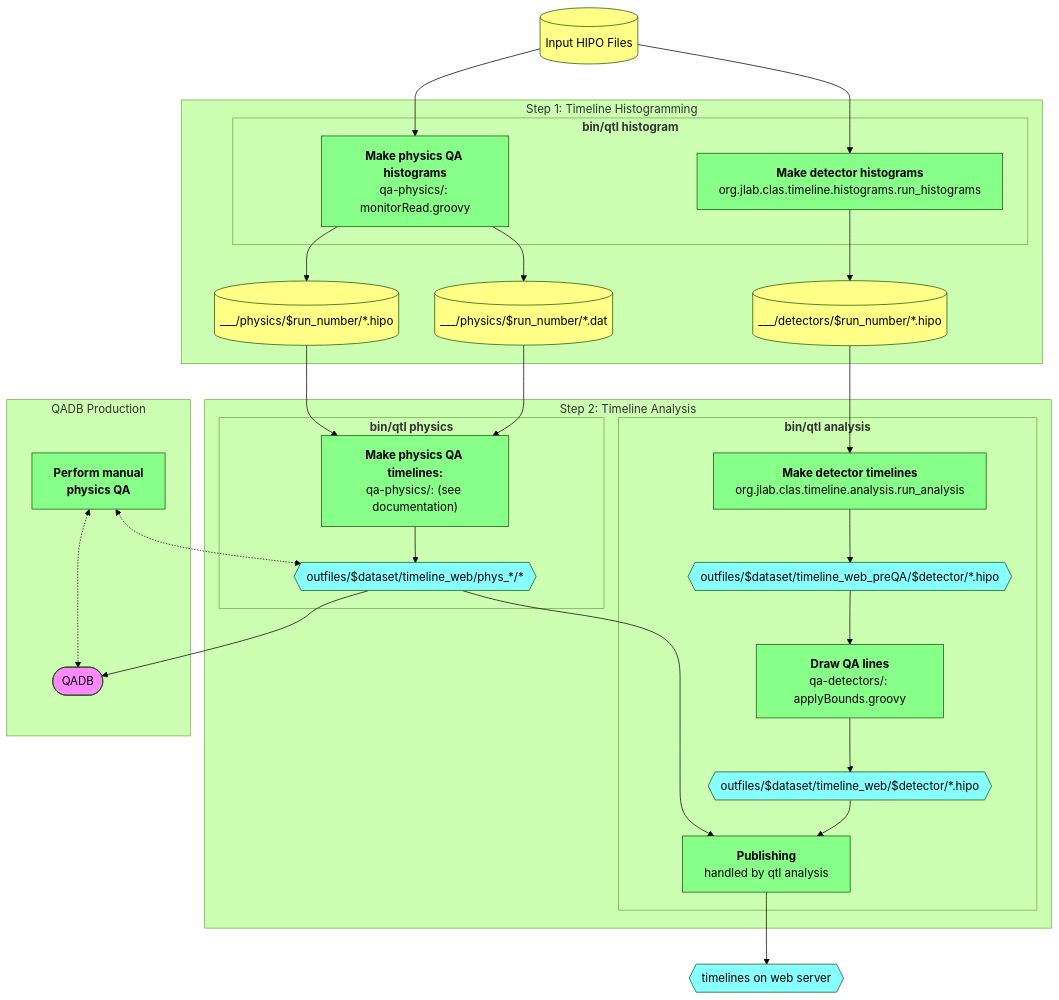
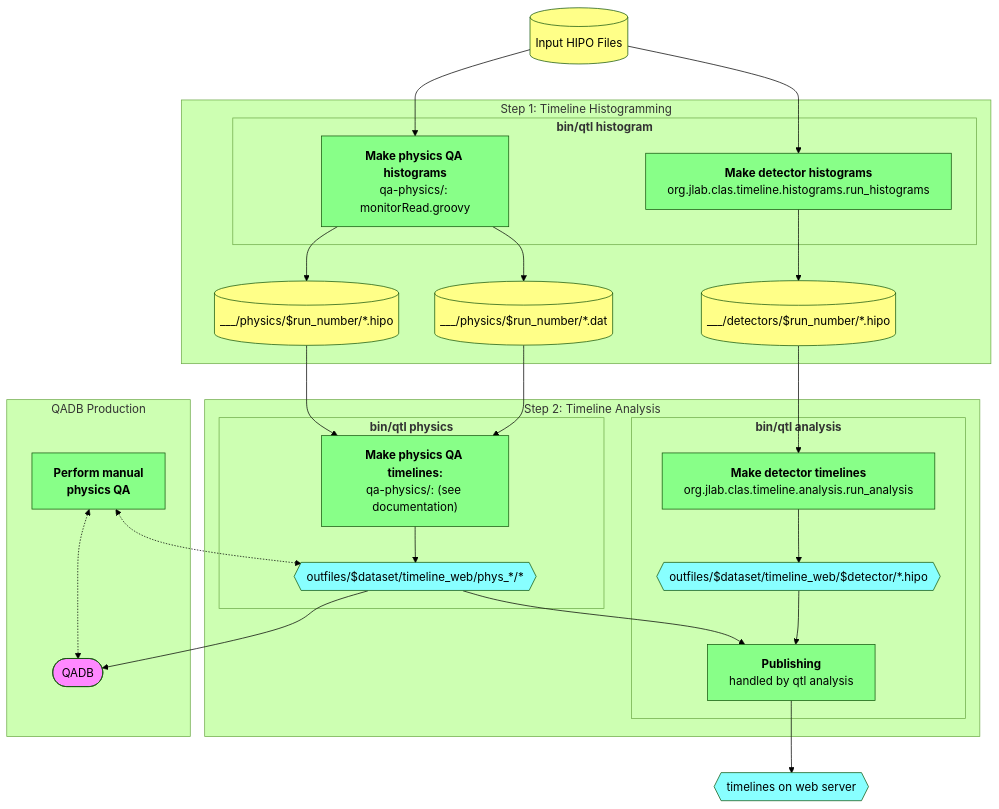
The diagram in doc/dev_notes.md (JeffersonLab/clas12-timeline), drawn with Mermaid (forest theme) before and after one commit. The commit also changed 33 other files, not shown here.

````diff
--- a/doc/dev_notes.md
+++ b/doc/dev_notes.md
@@ -4,56 +4,54 @@
 ```mermaid
 flowchart TB
 
     classDef proc     fill:#8f8,color:black
     classDef data     fill:#ff8,color:black
     classDef misc     fill:#f8f,color:black
     classDef timeline fill:#8ff,color:black
 
     dst[(Input HIPO Files)]:::data
 
     subgraph Step 1: Timeline Histogramming
         subgraph "<strong>bin/qtl histogram</strong>"
             histogramDetectors["<strong>Make detector histograms</strong><br/>org.jlab.clas.timeline.histograms.run_histograms"]:::proc
             histogramPhysics["<strong>Make physics QA histograms</strong><br/>qa-physics/: monitorRead.groovy"]:::proc
         end
         outplots[(___/detectors/$run_number/*.hipo)]:::data
         outdat[(___/physics/$run_number/*.dat)]:::data
         outmon[(___/physics/$run_number/*.hipo)]:::data
     end
     dst --> histogramDetectors
     dst --> histogramPhysics
     histogramDetectors --> outplots
     histogramPhysics   --> outdat
     histogramPhysics   --> outmon
 
     subgraph Step 2: Timeline Analysis
         subgraph "<strong>bin/qtl analysis</strong>"
-            timelineDetectorsPreQA["<strong>Make detector timelines</strong><br/>org.jlab.clas.timeline.analysis.run_analysis"]:::proc
-            outTimelineDetectorsPreQA{{outfiles/$dataset/timeline_web_preQA/$detector/*.hipo}}:::timeline
-            timelineDetectors["<strong>Draw QA lines</strong><br/>qa-detectors/: applyBounds.groovy"]:::proc
+            timelineDetectors["<strong>Make detector timelines</strong><br/>org.jlab.clas.timeline.analysis.run_analysis"]:::proc
             outTimelineDetectors{{outfiles/$dataset/timeline_web/$detector/*.hipo}}:::timeline
             deploy["<strong>Publishing</strong><br/>handled by qtl analysis"]:::proc
         end
         subgraph "<strong>bin/qtl physics</strong>"
             timelinePhysics["<strong>Make physics QA timelines:</strong><br/>qa-physics/: (see documentation)"]:::proc
             outTimelinePhysics{{outfiles/$dataset/timeline_web/phys_*/*}}:::timeline
         end
     end
     timelineDir{{timelines on web server}}:::timeline
 
-    outplots --> timelineDetectorsPreQA --> outTimelineDetectorsPreQA --> timelineDetectors --> outTimelineDetectors
+    outplots --> timelineDetectors --> outTimelineDetectors
     outdat   --> timelinePhysics
     outmon   --> timelinePhysics
     timelinePhysics --> outTimelinePhysics
     outTimelineDetectors --> deploy
     outTimelinePhysics   --> deploy
     deploy --> timelineDir
 
     subgraph QADB Production
         qadb([QADB]):::misc
         manualQA[<strong>Perform manual<br/>physics QA</strong>]:::proc
     end
     outTimelinePhysics   --> qadb
     manualQA <-.-> outTimelinePhysics
     manualQA <-.-> qadb
 ```
````
